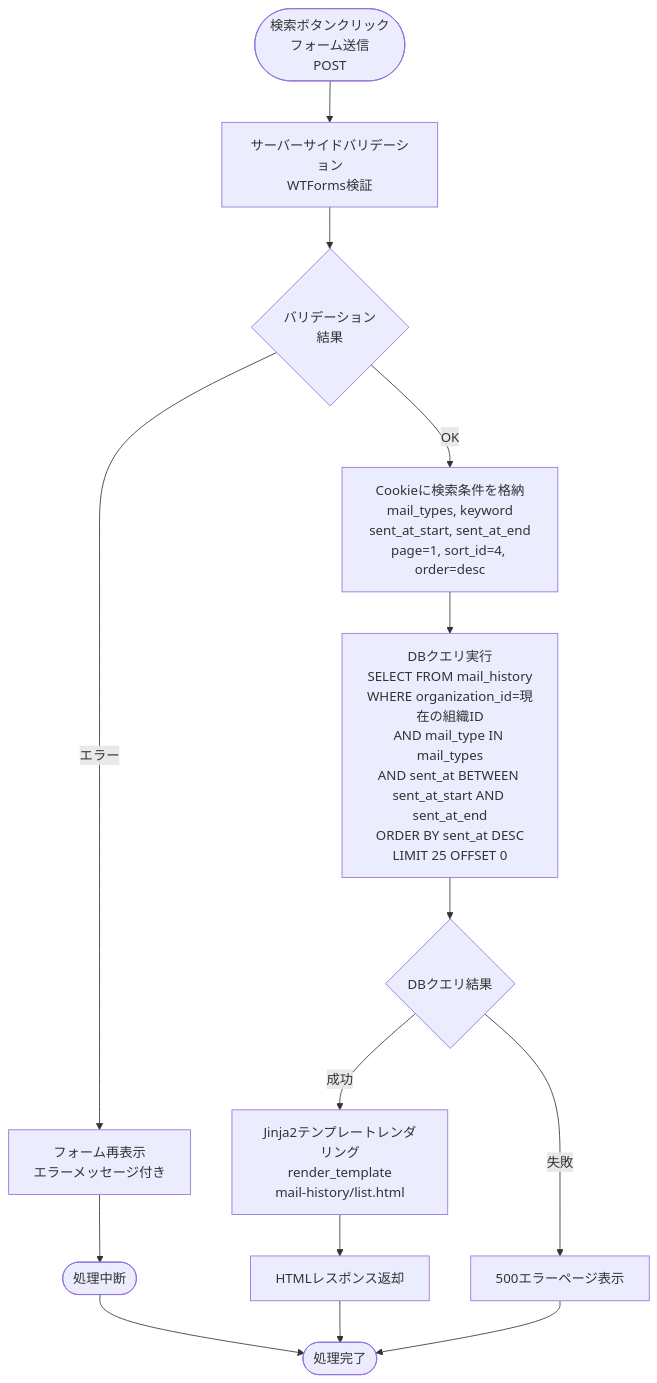
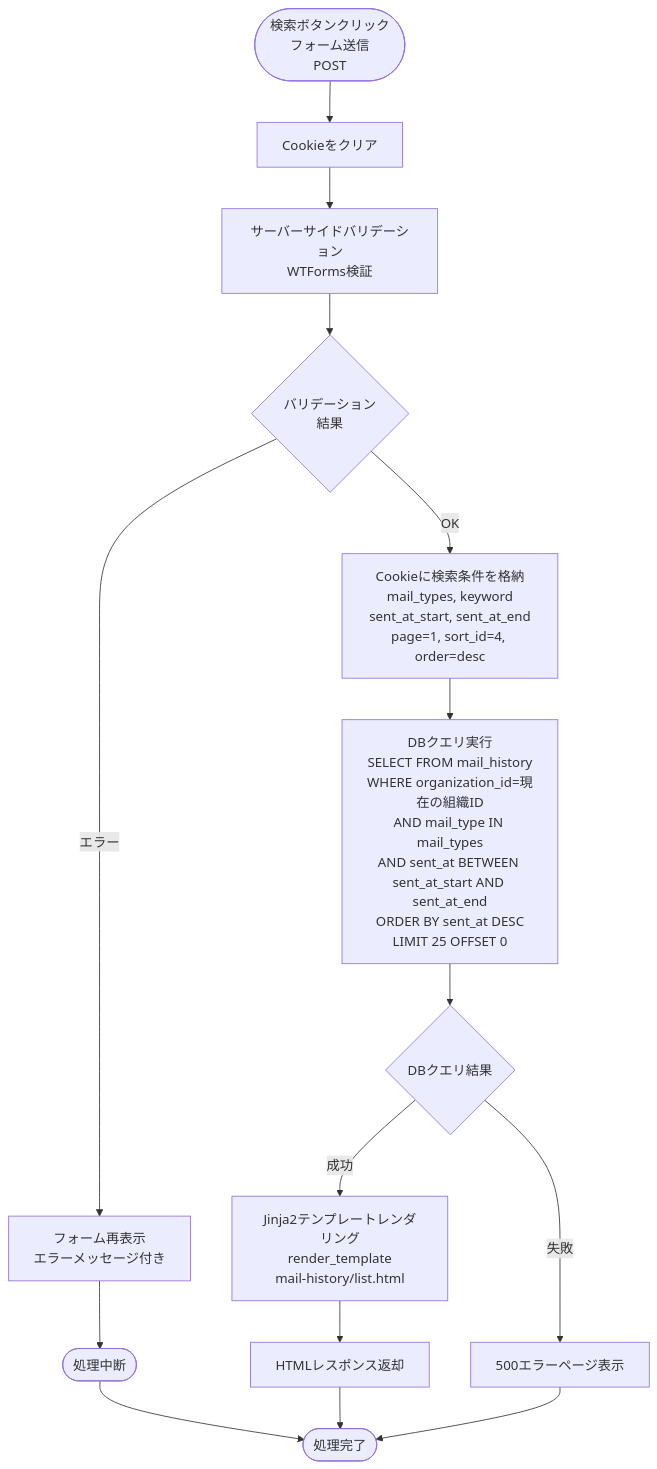
The second of 5 diagrams in docs/03-features/flask-app/mail-history/workflow-specification.md (NSW-SVCP-AIWG002/Databricks-IoT), drawn with Mermaid before and after one commit. The commit also changed other lines of this file, not shown here.

````diff
--- a/docs/03-features/flask-app/mail-history/workflow-specification.md
+++ b/docs/03-features/flask-app/mail-history/workflow-specification.md
@@ -365,21 +372,22 @@
 ```mermaid
 flowchart TD
-    Start([検索ボタンクリック<br>フォーム送信<br>POST]) --> Validate[サーバーサイドバリデーション<br>WTForms検証]
+    Start([検索ボタンクリック<br>フォーム送信<br>POST]) --> ClearCookie[Cookieをクリア]
+    ClearCookie --> Validate[サーバーサイドバリデーション<br>WTForms検証]
     Validate --> ValidCheck{バリデーション<br>結果}
 
     ValidCheck -->|エラー| ValidError[フォーム再表示<br>エラーメッセージ付き]
     ValidError --> ValidEnd([処理中断])
 
     ValidCheck -->|OK| PutParams[Cookieに検索条件を格納<br>mail_types, keyword<br>sent_at_start, sent_at_end<br>page=1, sort_id=4, order=desc]
     PutParams --> Query[DBクエリ実行<br>SELECT FROM mail_history<br>WHERE organization_id=現在の組織ID<br>AND mail_type IN mail_types<br>AND sent_at BETWEEN sent_at_start AND sent_at_end<br>ORDER BY sent_at DESC<br>LIMIT 25 OFFSET 0]
     Query --> CheckDB{DBクエリ結果}
 
     CheckDB -->|成功| Template[Jinja2テンプレートレンダリング<br>render_template<br>mail-history/list.html]
     Template --> Response[HTMLレスポンス返却]
 
     CheckDB -->|失敗| Error500[500エラーページ表示]
 
     ValidEnd --> End([処理完了])
     Response --> End
     Error500 --> End
 ```
````
